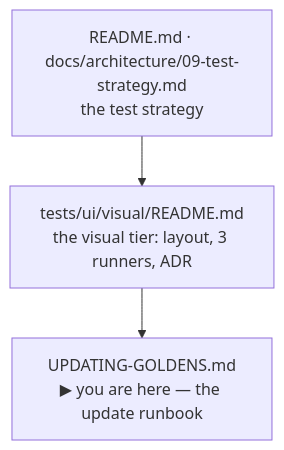
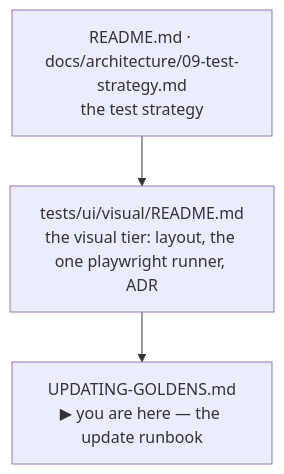
One commit to bettersoftware-io/ReactiveTraderCloudClone changed the first of 9 diagrams in packages/client-react/tests/ui/visual/UPDATING-GOLDENS.md. Above: the diagram before and after it, drawn with Mermaid. The commit also changed other lines of this file and 19 other files, not shown here.

First line of the commit message:
docs: fix stale facts, add historical banners, refresh the architecture index

````diff
--- a/packages/client-react/tests/ui/visual/UPDATING-GOLDENS.md
+++ b/packages/client-react/tests/ui/visual/UPDATING-GOLDENS.md
@@ -25,7 +25,7 @@
 ```mermaid
 flowchart TB
     ROOT["README.md · docs/architecture/09-test-strategy.md<br/>the test strategy"]
-    VIS["tests/ui/visual/README.md<br/>the visual tier: layout, 3 runners, ADR"]
+    VIS["tests/ui/visual/README.md<br/>the visual tier: layout, the one playwright runner, ADR"]
     HERE["UPDATING-GOLDENS.md<br/>▶ you are here — the update runbook"]
     ROOT --> VIS --> HERE
 ```
````
